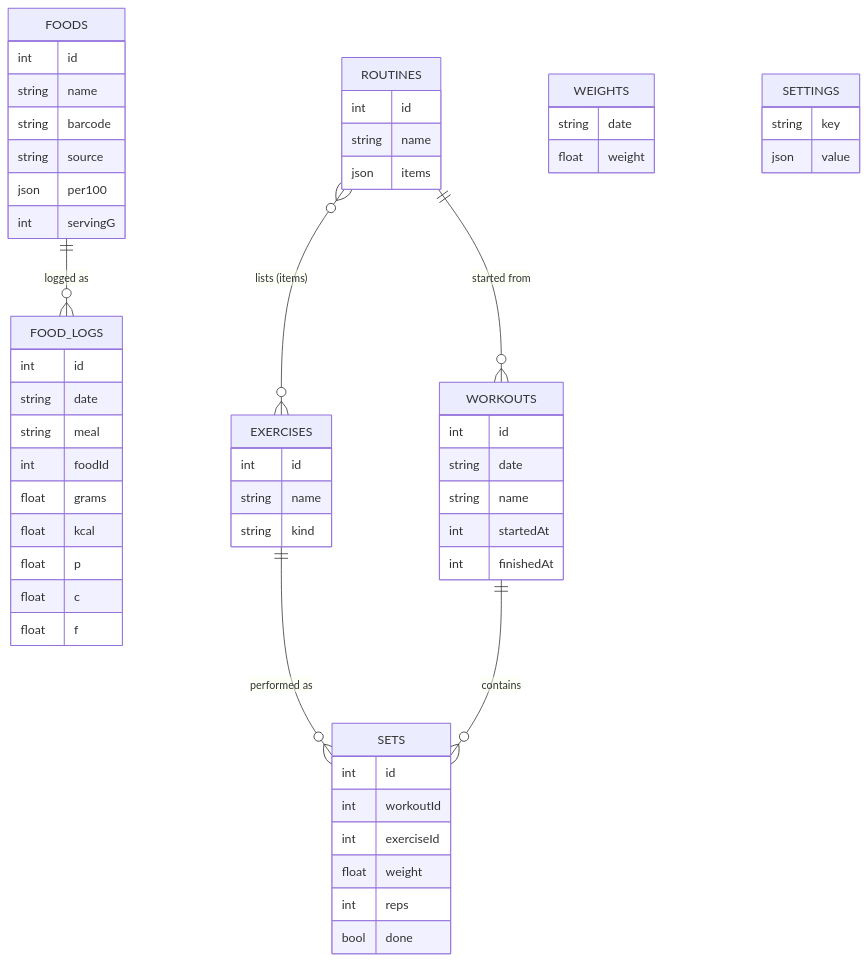
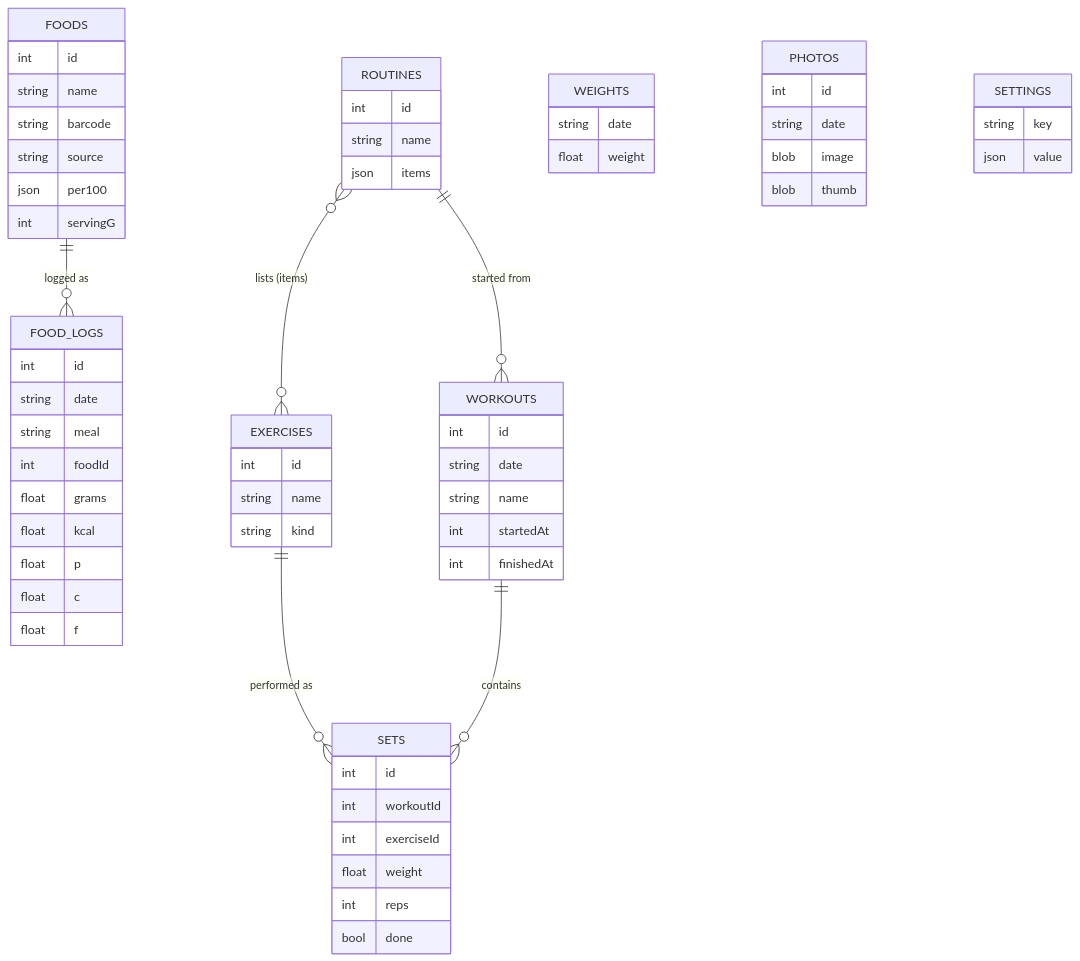
Before and after one commit to aidenfisherb/MoveMent: the fourth of 4 diagrams in ARCHITECTURE.md, drawn with Mermaid. The commit also changed 17 other files, not shown here.

````diff
--- a/ARCHITECTURE.md
+++ b/ARCHITECTURE.md
@@ -92,60 +92,66 @@
 ```mermaid
 erDiagram
   FOODS ||--o{ FOOD_LOGS : "logged as"
   EXERCISES ||--o{ SETS : "performed as"
   WORKOUTS ||--o{ SETS : contains
   ROUTINES }o--o{ EXERCISES : "lists (items)"
   ROUTINES ||--o{ WORKOUTS : "started from"
   FOODS {
     int id
     string name
     string barcode
     string source
     json per100
     int servingG
   }
   FOOD_LOGS {
     int id
     string date
     string meal
     int foodId
     float grams
     float kcal
     float p
     float c
     float f
   }
   EXERCISES {
     int id
     string name
     string kind
   }
   ROUTINES {
     int id
     string name
     json items
   }
   WORKOUTS {
     int id
     string date
     string name
     int startedAt
     int finishedAt
   }
   SETS {
     int id
     int workoutId
     int exerciseId
     float weight
     int reps
     bool done
   }
   WEIGHTS {
     string date
     float weight
   }
+  PHOTOS {
+    int id
+    string date
+    blob image
+    blob thumb
+  }
   SETTINGS {
     string key
     json value
   }
 ```
````
